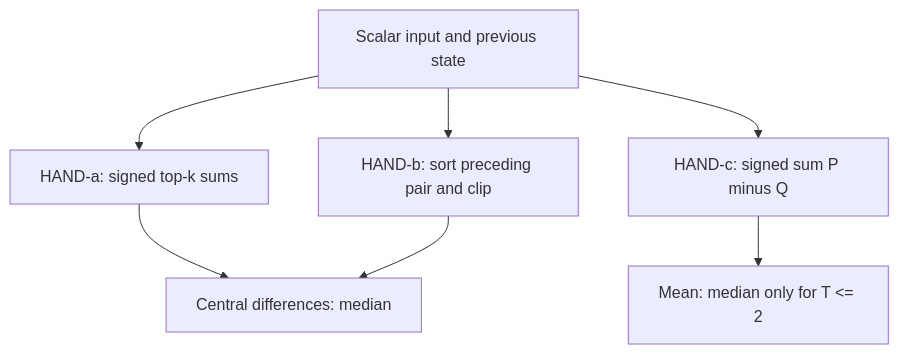
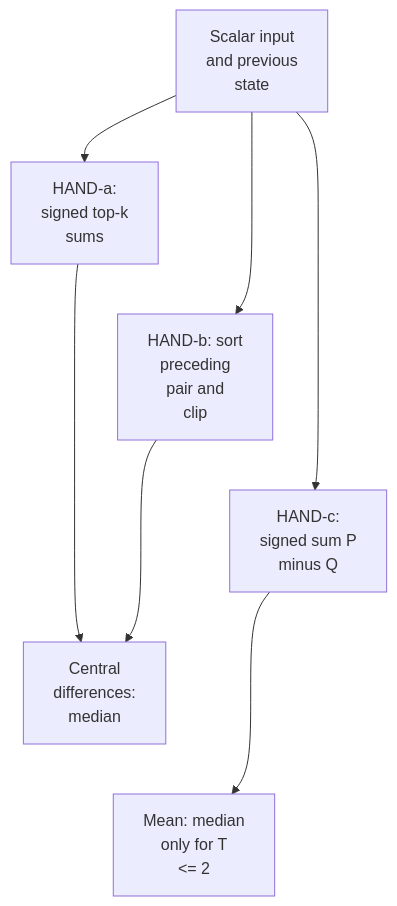
The first of 2 diagrams in entries/algzoo-median.md (jc1122/mechanistic-interpretability-circuit-atlas), drawn with Mermaid before and after one commit. The commit also changed other lines of this file and 39 other files, not shown here.

````diff
--- a/entries/algzoo-median.md
+++ b/entries/algzoo-median.md
@@ -49,11 +49,16 @@
 ```mermaid
 flowchart TD
     accTitle: Hand-built median references
     accDescr: Scalar inputs and stored state feed signed top-k sums, pair sorting and clipping, or a signed running sum. The first two yield median constructions; the mean is a median only on the stated short-list domain. No component was partly trained, and register counts are not width lower bounds.
-    X["Scalar input and previous state"] --> A["HAND-a: signed top-k sums"]
-    X --> B["HAND-b: sort preceding pair and clip"]
-    X --> C["HAND-c: signed sum P minus Q"]
-    A --> M["Central differences: median"]
+    X["Scalar input<br/>and previous<br/>state"] --> A["HAND-a:<br/>signed top-k<br/>sums"]
+    X --> B["HAND-b: sort<br/>preceding<br/>pair and<br/>clip"]
+    X --> C["HAND-c:<br/>signed sum P<br/>minus Q"]
+    A --> M["Central<br/>differences:<br/>median"]
     B --> M
-    C --> Y["Mean: median only for T <= 2"]
+    C --> Y["Mean: median<br/>only for T<br/><= 2"]
+    %% Invisible links constrain vertical layout only, not computation.
+    A ~~~ B
+    B ~~~ C
+    C ~~~ M
+    M ~~~ Y
 ```
````
